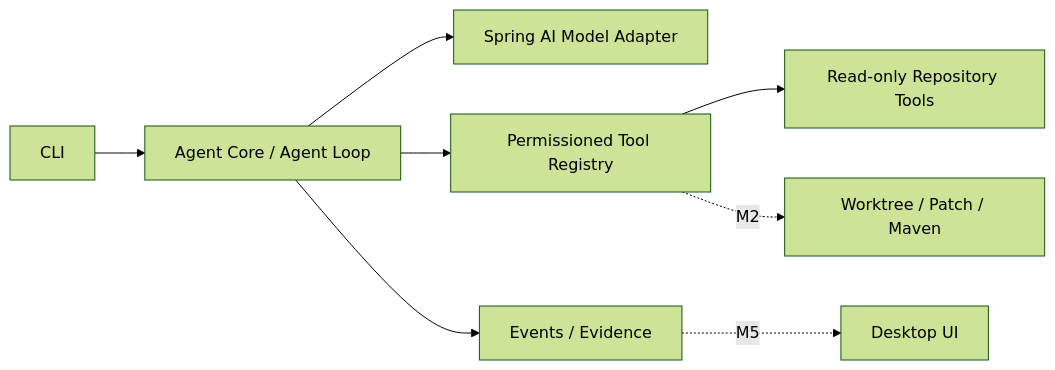
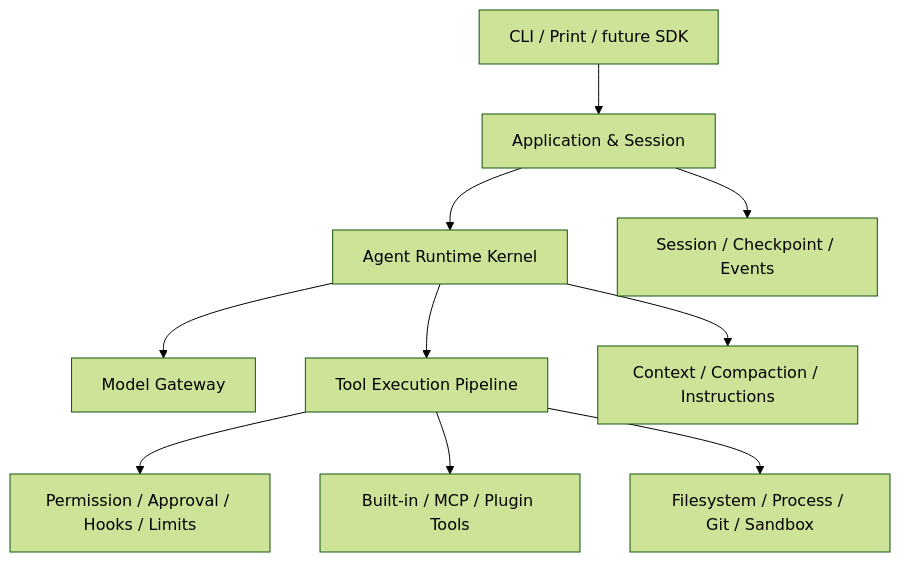
The diagram in README.md (liumaishenjian/cc-java), drawn with Mermaid (forest theme) before and after one commit. The commit also changed other lines of this file and 5 other files, not shown here.

Commit message:
docs: define reference-driven learning roadmap

````diff
--- a/README.md
+++ b/README.md
@@ -53,10 +78,12 @@
 ```mermaid
-flowchart LR
-    CLI["CLI"] --> CORE["Agent Core / Agent Loop"]
-    CORE --> MODEL["Spring AI Model Adapter"]
-    CORE --> TOOLS["Permissioned Tool Registry"]
-    TOOLS --> READ["Read-only Repository Tools"]
-    TOOLS -. "M2" .-> WRITE["Worktree / Patch / Maven"]
-    CORE --> EVENTS["Events / Evidence"]
-    EVENTS -. "M5" .-> DESKTOP["Desktop UI"]
+flowchart TB
+    UI["CLI / Print / future SDK"] --> APP["Application & Session"]
+    APP --> LOOP["Agent Runtime Kernel"]
+    LOOP --> MODEL["Model Gateway"]
+    LOOP --> PIPE["Tool Execution Pipeline"]
+    PIPE --> CONTROL["Permission / Approval / Hooks / Limits"]
+    PIPE --> TOOLS["Built-in / MCP / Plugin Tools"]
+    LOOP --> CONTEXT["Context / Compaction / Instructions"]
+    APP --> STORE["Session / Checkpoint / Events"]
+    PIPE --> EXEC["Filesystem / Process / Git / Sandbox"]
 ```
````
